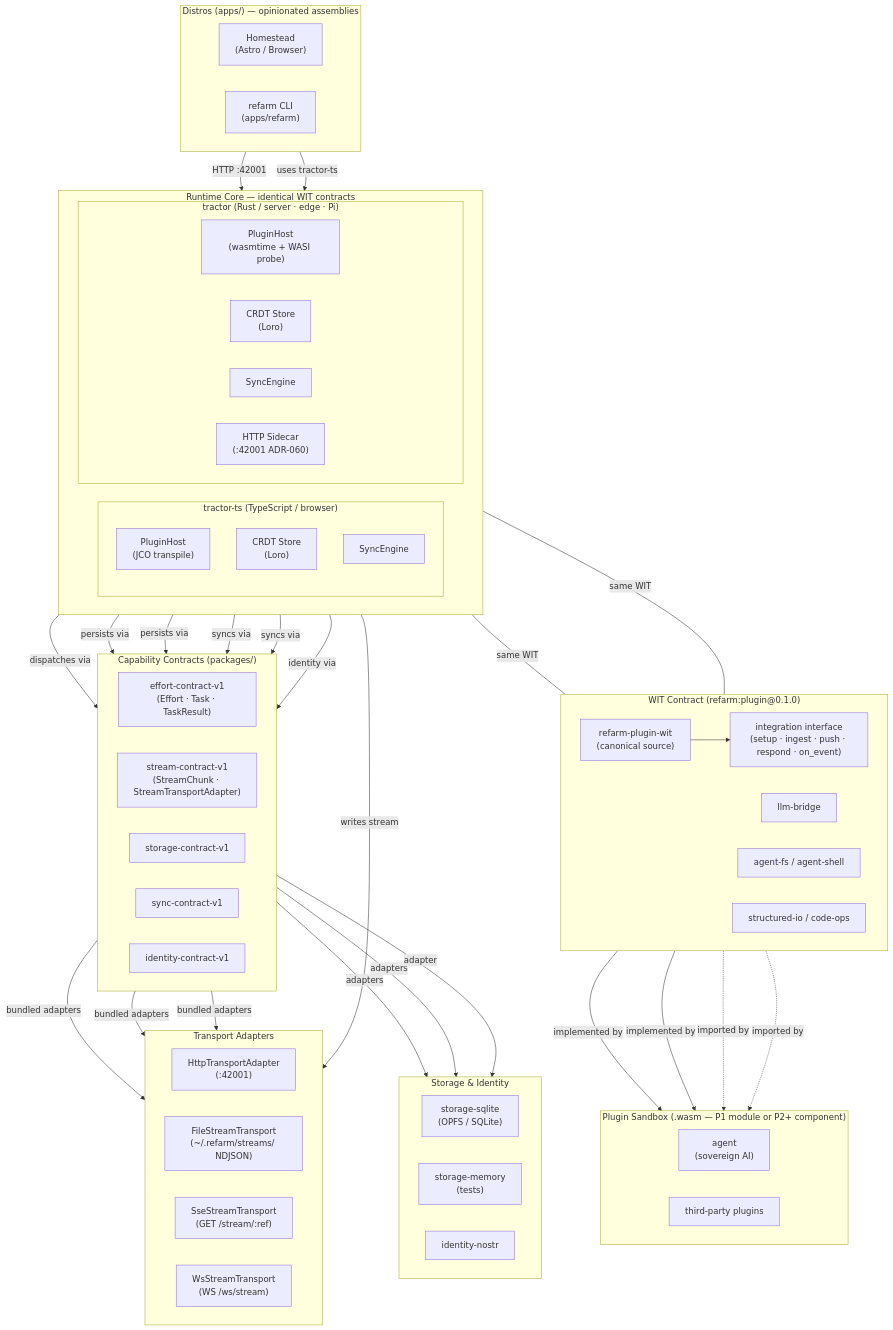
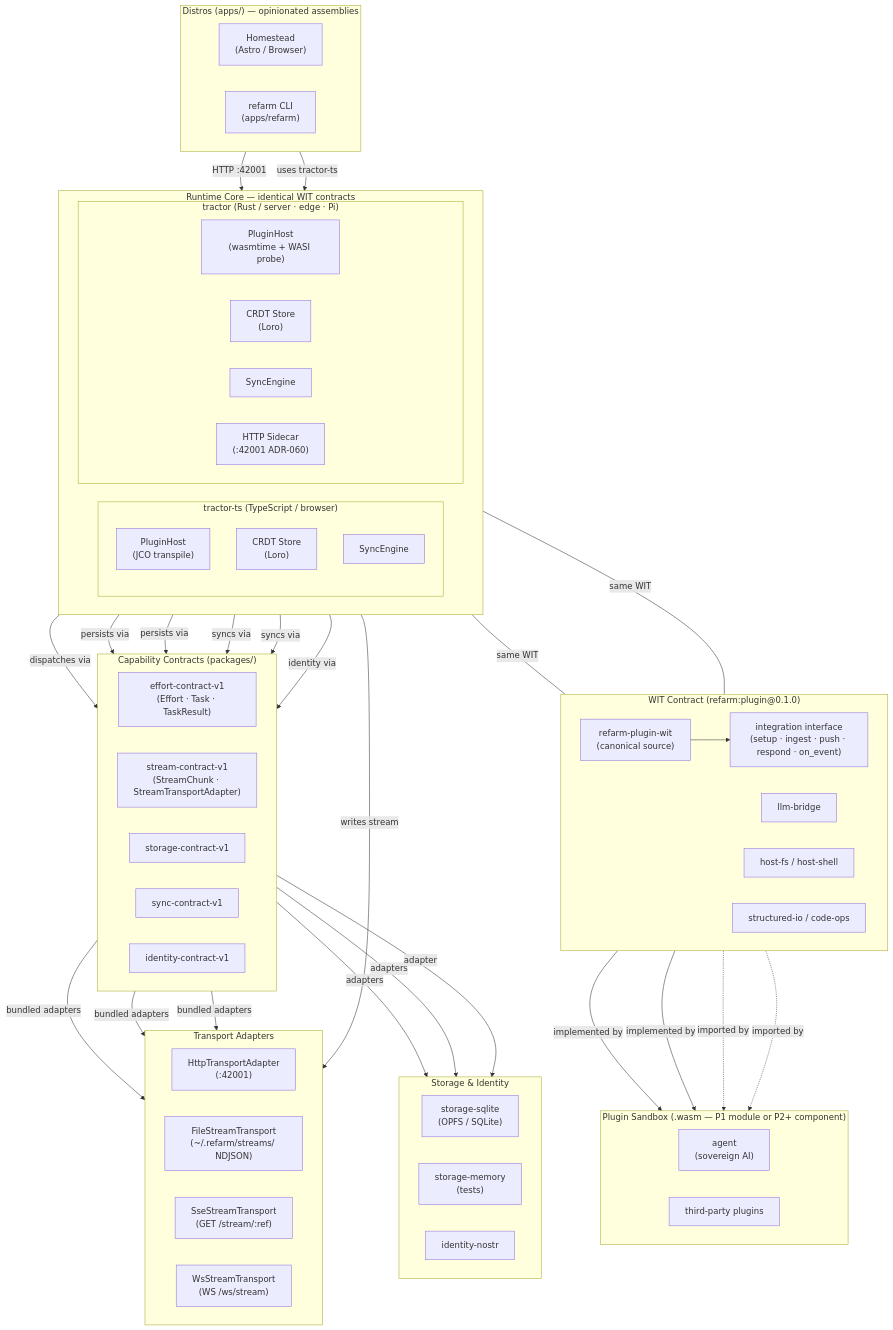
One commit to aretw0/refarm changed the diagram in docs/diagrams/layer-diagram.mermaid. Above: the diagram before and after it, drawn with Mermaid. The commit also changed 10 other files, not shown here.

First line of the commit message:
docs!: rename live-reference docs + diagram sources to host-effects

```diff
--- a/docs/diagrams/layer-diagram.mermaid
+++ b/docs/diagrams/layer-diagram.mermaid
@@ -1,95 +1,95 @@
 graph TD
     %% ── Distros (apps/) ──────────────────────────────────────────────────
     subgraph Distros ["Distros  (apps/)  — opinionated assemblies"]
         direction LR
         Homestead["Homestead\n(Astro / Browser)"]
         RefarmCLI["refarm CLI\n(apps/refarm)"]
     end
 
     %% ── Runtime Core ─────────────────────────────────────────────────────
     subgraph Core ["Runtime Core  — identical WIT contracts"]
         direction LR
         subgraph TractorTS ["tractor-ts  (TypeScript / browser)"]
             TS_PluginHost["PluginHost\n(JCO transpile)"]
             TS_CRDT["CRDT Store\n(Loro)"]
             TS_Sync["SyncEngine"]
         end
         subgraph TractorRS ["tractor  (Rust / server · edge · Pi)"]
             RS_PluginHost["PluginHost\n(wasmtime + WASI probe)"]
             RS_CRDT["CRDT Store\n(Loro)"]
             RS_Sync["SyncEngine"]
             RS_Sidecar["HTTP Sidecar\n(:42001  ADR-060)"]
         end
     end
 
     %% ── WIT Contract Layer ───────────────────────────────────────────────
     subgraph WIT ["WIT Contract  (refarm:plugin@0.1.0)"]
         direction LR
         WIT_Pkg["refarm-plugin-wit\n(canonical source)"]
         WIT_Int["integration interface\n(setup · ingest · push · respond · on_event)"]
         WIT_LLM["llm-bridge"]
-        WIT_FS["agent-fs / agent-shell"]
+        WIT_FS["host-fs / host-shell"]
         WIT_IO["structured-io / code-ops"]
         WIT_Pkg --> WIT_Int
     end
 
     %% ── Plugin Sandbox ───────────────────────────────────────────────────
     subgraph Plugins ["Plugin Sandbox  (.wasm — P1 module or P2+ component)"]
         direction LR
         Agent["agent\n(sovereign AI)"]
         ThirdParty["third-party plugins"]
     end
 
     %% ── Capability Contracts (packages/) ─────────────────────────────────
     subgraph Contracts ["Capability Contracts  (packages/)"]
         direction LR
         EffortV1["effort-contract-v1\n(Effort · Task · TaskResult)"]
         StreamV1["stream-contract-v1\n(StreamChunk · StreamTransportAdapter)"]
         StorageV1["storage-contract-v1"]
         SyncV1["sync-contract-v1"]
         IdentityV1["identity-contract-v1"]
     end
 
     %% ── Transport Adapters ───────────────────────────────────────────────
     subgraph Transports ["Transport Adapters"]
         direction LR
         HttpAdapt["HttpTransportAdapter\n(:42001)"]
         FileStream["FileStreamTransport\n(~/.refarm/streams/ NDJSON)"]
         SSEStream["SseStreamTransport\n(GET /stream/:ref)"]
         WSStream["WsStreamTransport\n(WS /ws/stream)"]
     end
 
     %% ── Storage & Identity ───────────────────────────────────────────────
     subgraph Storage ["Storage & Identity"]
         direction LR
         SQLite["storage-sqlite\n(OPFS / SQLite)"]
         StoreMem["storage-memory\n(tests)"]
         NostrId["identity-nostr"]
     end
 
     %% ── Connections ──────────────────────────────────────────────────────
     Homestead -->|"uses tractor-ts"| TractorTS
     RefarmCLI -->|"HTTP :42001"| RS_Sidecar
 
     TractorTS ---|"same WIT"| WIT_Pkg
     TractorRS ---|"same WIT"| WIT_Pkg
 
     WIT_Int -->|"implemented by"| Agent
     WIT_Int -->|"implemented by"| ThirdParty
     WIT_LLM -.->|"imported by"| Agent
     WIT_FS  -.->|"imported by"| Agent
 
     RS_Sidecar -->|"dispatches via"| EffortV1
     RS_Sidecar -->|"writes stream"| FileStream
     EffortV1 -->|"bundled adapters"| HttpAdapt
     StreamV1 -->|"bundled adapters"| SSEStream
     StreamV1 -->|"bundled adapters"| WSStream
 
     TractorTS -->|"persists via"| StorageV1
     TractorRS -->|"persists via"| StorageV1
     StorageV1 -->|"adapters"| SQLite
     StorageV1 -->|"adapters"| StoreMem
     TractorTS -->|"syncs via"| SyncV1
     TractorRS -->|"syncs via"| SyncV1
     TractorTS -->|"identity via"| IdentityV1
     IdentityV1 -->|"adapter"| NostrId
```
